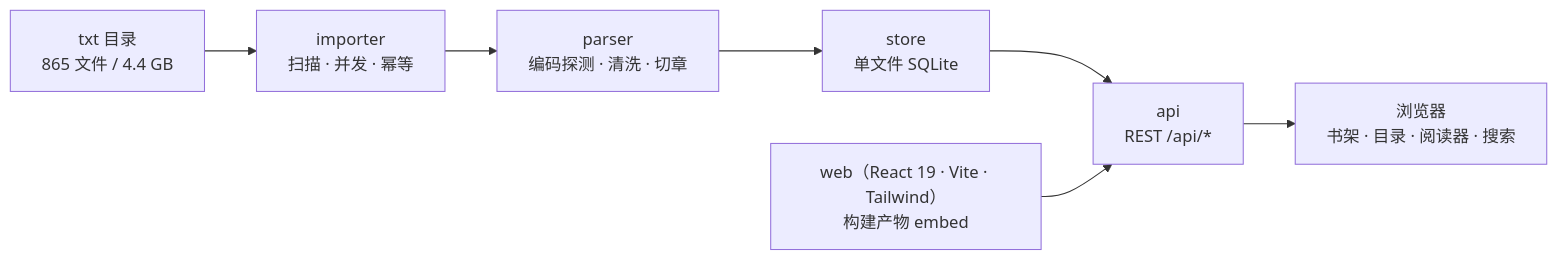
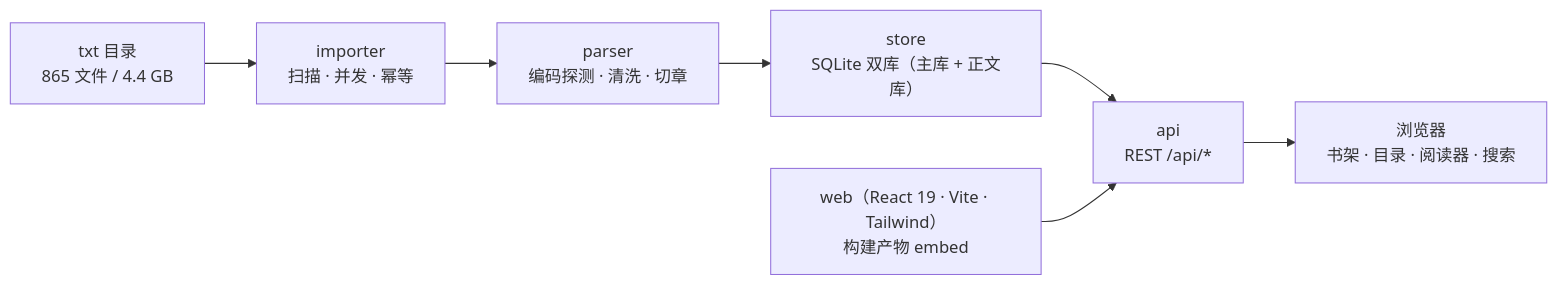
Before and after one commit to baosfeng/norvels: the first of 2 diagrams in README.md, drawn with Mermaid. The commit also changed other lines of this file and 1 other file, not shown here.

Commit message:
docs: README/AGENTS 口径同步为双库 + 8 MB 码本块

````diff
--- a/README.md
+++ b/README.md
@@ -22,9 +22,9 @@
 ```mermaid
 flowchart LR
   A["txt 目录<br/>865 文件 / 4.4 GB"] --> B["importer<br/>扫描 · 并发 · 幂等"]
   B --> C["parser<br/>编码探测 · 清洗 · 切章"]
-  C --> D["store<br/>单文件 SQLite"]
+  C --> D["store<br/>SQLite 双库（主库 + 正文库）"]
   D --> E["api<br/>REST /api/*"]
   F["web（React 19 · Vite · Tailwind）<br/>构建产物 embed"] --> E
   E --> G["浏览器<br/>书架 · 目录 · 阅读器 · 搜索"]
 ```
````
